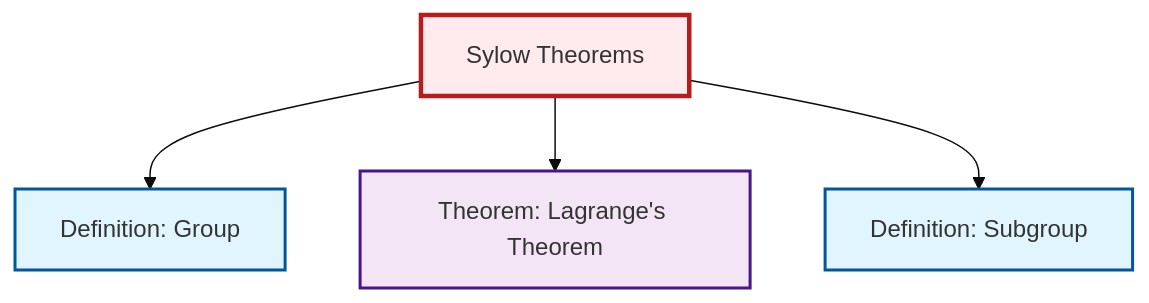
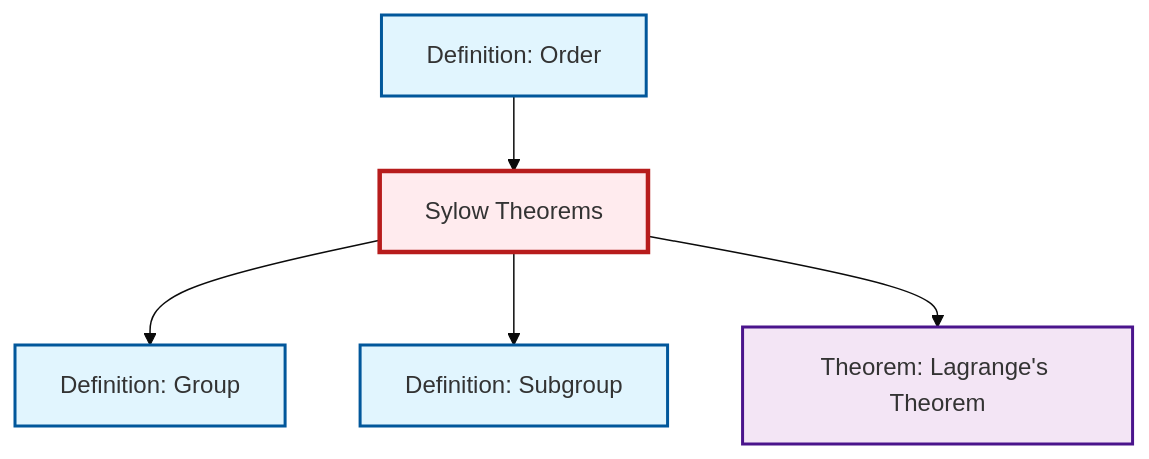
Before and after one commit to RK0429/ModernMath: the diagram in content/en/algebra/thm-sylow.qmd, drawn with Mermaid (base theme). The commit also changed other lines of this file and 36 other files, not shown here.

````diff
--- a/content/en/algebra/thm-sylow.qmd
+++ b/content/en/algebra/thm-sylow.qmd
@@ -83,20 +85,23 @@
 ```{mermaid}
 %%| fig-cap: "Local dependency graph"
 graph TD
     classDef definition fill:#e1f5fe,stroke:#01579b,stroke-width:2px
     classDef theorem fill:#f3e5f5,stroke:#4a148c,stroke-width:2px
     classDef axiom fill:#fff3e0,stroke:#e65100,stroke-width:2px
     classDef example fill:#e8f5e9,stroke:#1b5e20,stroke-width:2px
     classDef current fill:#ffebee,stroke:#b71c1c,stroke-width:3px
     def-group["Definition: Group"]:::definition
-    def-subgroup["Definition: Subgroup"]:::definition
     thm-sylow["Sylow Theorems"]:::theorem
     thm-lagrange["Theorem: Lagrange's Theorem"]:::theorem
+    def-subgroup["Definition: Subgroup"]:::definition
+    def-order["Definition: Order"]:::definition
     thm-sylow --> def-group
+    thm-sylow --> def-subgroup
+    def-order --> thm-sylow
     thm-sylow --> thm-lagrange
-    thm-sylow --> def-subgroup
     class thm-sylow current
     click def-group "def-group.html" "Go to Group definition"
+    click thm-lagrange "thm-lagrange.html" "Go to Lagrange's Theorem theorem"
     click def-subgroup "def-subgroup.html" "Go to Subgroup definition"
-    click thm-lagrange "thm-lagrange.html" "Go to Lagrange's Theorem theorem"
+    click def-order "def-order.html" "Go to Order definition"
 ```
````
